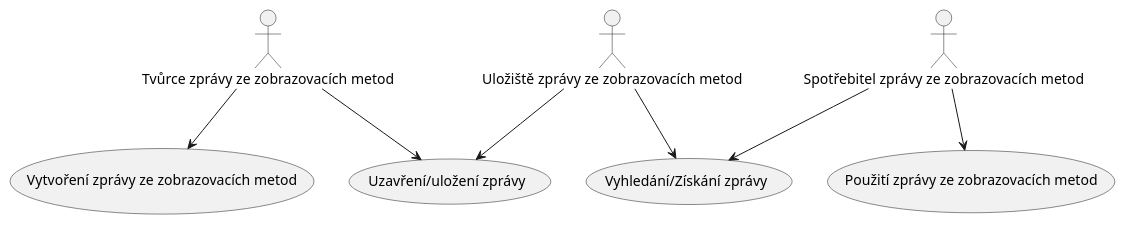
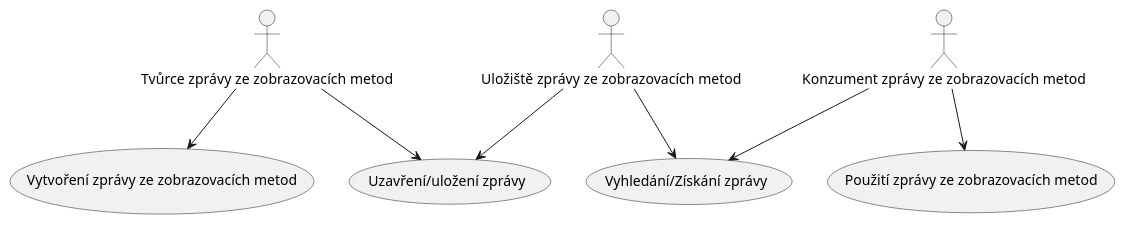
One commit to HL7-cz/img changed the diagram in input/images-source/imgReport_Actors-cs.plantuml. Above: the diagram before and after it, drawn with PlantUML. The commit also changed 30 other files, not shown here.

```diff
--- a/input/images-source/imgReport_Actors-cs.plantuml
+++ b/input/images-source/imgReport_Actors-cs.plantuml
@@ -1,17 +1,17 @@
 @startuml
 "Tvůrce zprávy ze zobrazovacích metod" as creator
 "Uložiště zprávy ze zobrazovacích metod" as repos
-"Spotřebitel zprávy ze zobrazovacích metod" as consumer
+"Konzument zprávy ze zobrazovacích metod" as consumer
 "Vytvoření zprávy ze zobrazovacích metod" as (create)
 "Použití zprávy ze zobrazovacích metod" as (use)
 
 "Uzavření/uložení zprávy" as (save)
 "Vyhledání/Získání zprávy" as (receive)
 
 creator --> (create)
 creator --> (save)
 consumer --> (use)
 consumer --> (receive)
 repos --> (save)
 repos --> (receive)
 @enduml
```
